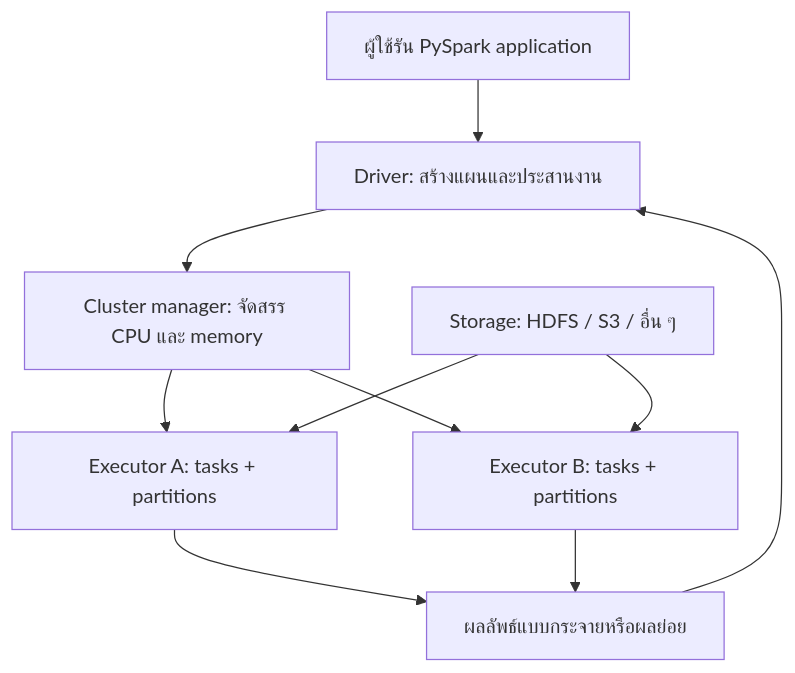
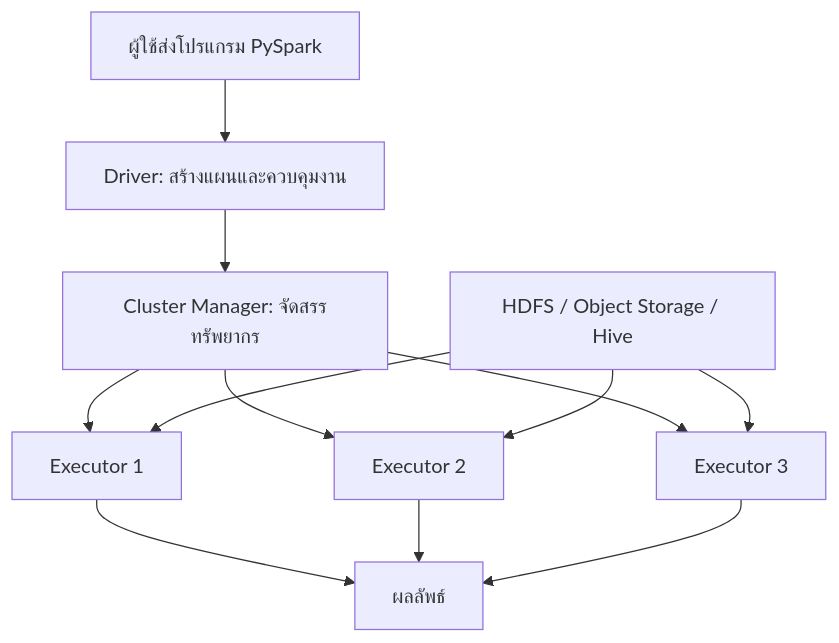
The first of 3 diagrams in dads6002-big-data-analytics/summary/05_spark.md (mdanmek/nida-dads-notes), drawn with Mermaid before and after one commit. The commit also changed other lines of this file, not shown here.

````diff
--- a/dads6002-big-data-analytics/summary/05_spark.md
+++ b/dads6002-big-data-analytics/summary/05_spark.md
@@ -29,12 +22,14 @@
 ```mermaid
 flowchart TD
-    U["ผู้ใช้รัน PySpark application"] --> D["Driver: สร้างแผนและประสานงาน"]
-    D --> C["Cluster manager: จัดสรร CPU และ memory"]
-    C --> E1["Executor A: tasks + partitions"]
-    C --> E2["Executor B: tasks + partitions"]
-    S["Storage: HDFS / S3 / อื่น ๆ"] --> E1
+    U["ผู้ใช้ส่งโปรแกรม PySpark"] --> D["Driver: สร้างแผนและควบคุมงาน"]
+    D --> C["Cluster Manager: จัดสรรทรัพยากร"]
+    C --> E1["Executor 1"]
+    C --> E2["Executor 2"]
+    C --> E3["Executor 3"]
+    S["HDFS / Object Storage / Hive"] --> E1
     S --> E2
-    E1 --> R["ผลลัพธ์แบบกระจายหรือผลย่อย"]
+    S --> E3
+    E1 --> R["ผลลัพธ์"]
     E2 --> R
-    R --> D
+    E3 --> R
 ```
````
